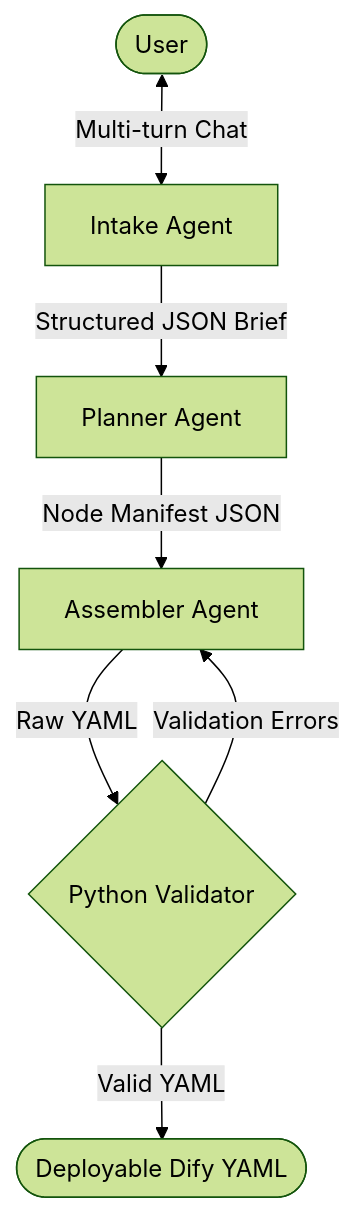
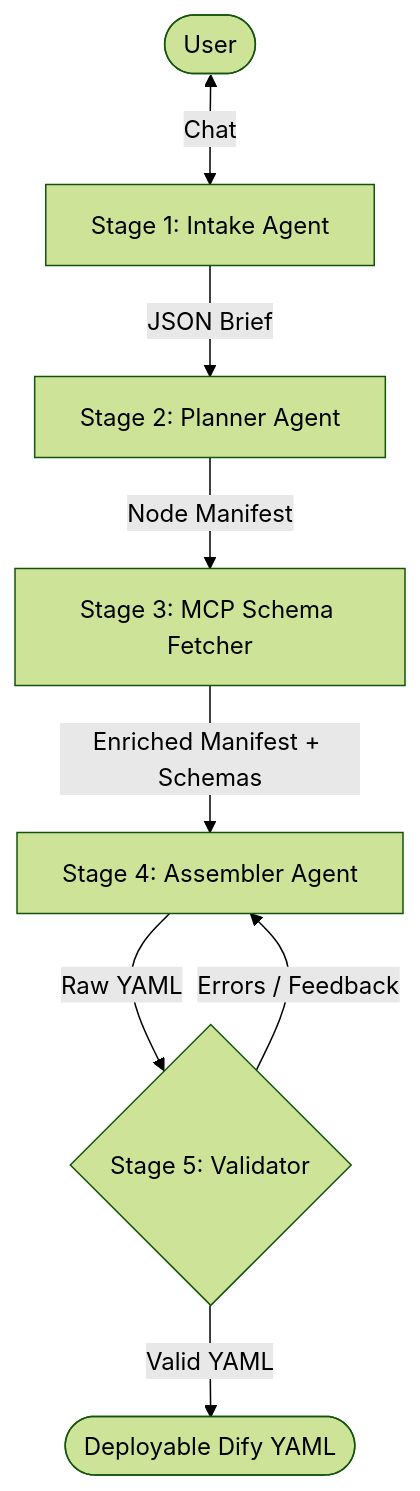
One commit to TheOneWithChair/dslgenerator changed the diagram in README.md. Above: the diagram before and after it, drawn with Mermaid (forest theme). The commit also changed other lines of this file and 2 other files, not shown here.

Commit message:
Added the MCP layer in the readme.md and the workflow pic

````diff
--- a/README.md
+++ b/README.md
@@ -21,9 +22,10 @@
 ```mermaid
 graph TD
-    User([User]) <--> |Multi-turn Chat| Intake[Intake Agent]
-    Intake -->|Structured JSON Brief| Planner[Planner Agent]
-    Planner -->|Node Manifest JSON| Assembler[Assembler Agent]
-    Assembler -->|Raw YAML| Validator{Python Validator}
-    Validator -->|Validation Errors| Assembler
+    User([User]) <--> |Chat| Intake[Stage 1: Intake Agent]
+    Intake -->|JSON Brief| Planner[Stage 2: Planner Agent]
+    Planner -->|Node Manifest| MCP[Stage 3: MCP Schema Fetcher]
+    MCP -->|Enriched Manifest + Schemas| Assembler[Stage 4: Assembler Agent]
+    Assembler -->|Raw YAML| Validator{Stage 5: Validator}
+    Validator -->|Errors / Feedback| Assembler
     Validator -->|Valid YAML| Final([Deployable Dify YAML])
 ```
````
